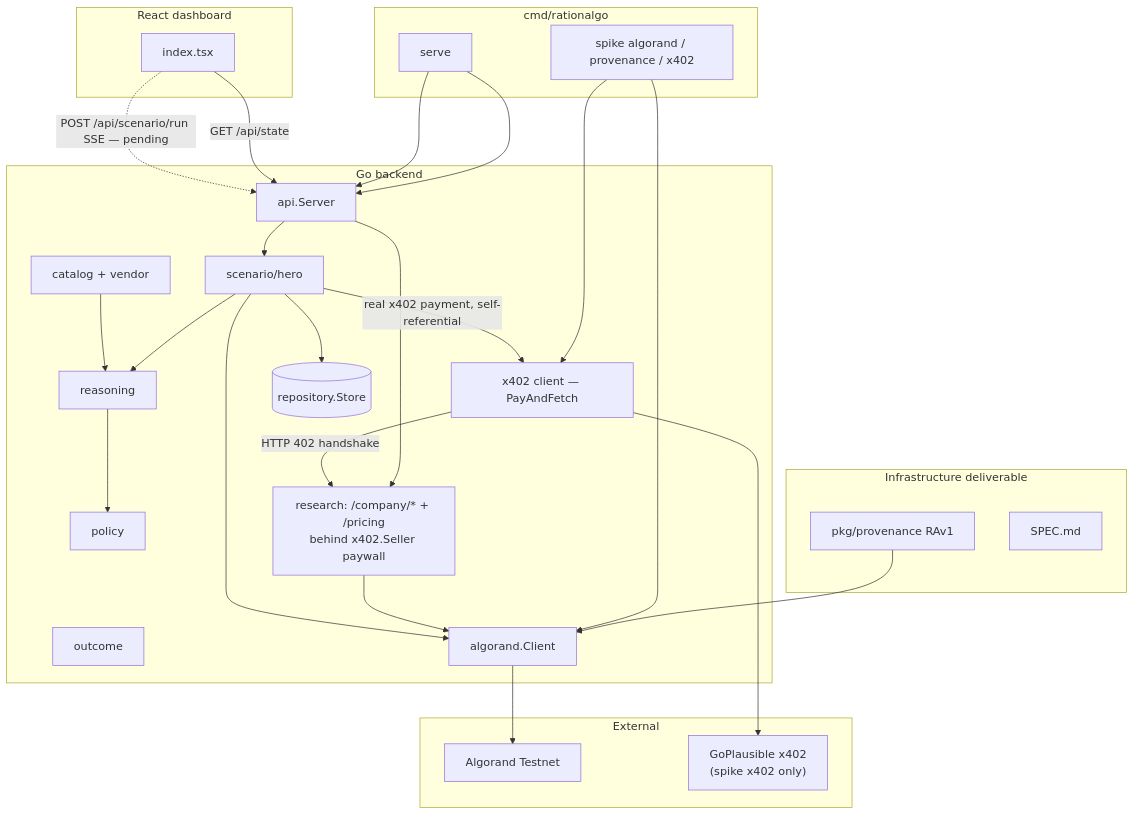
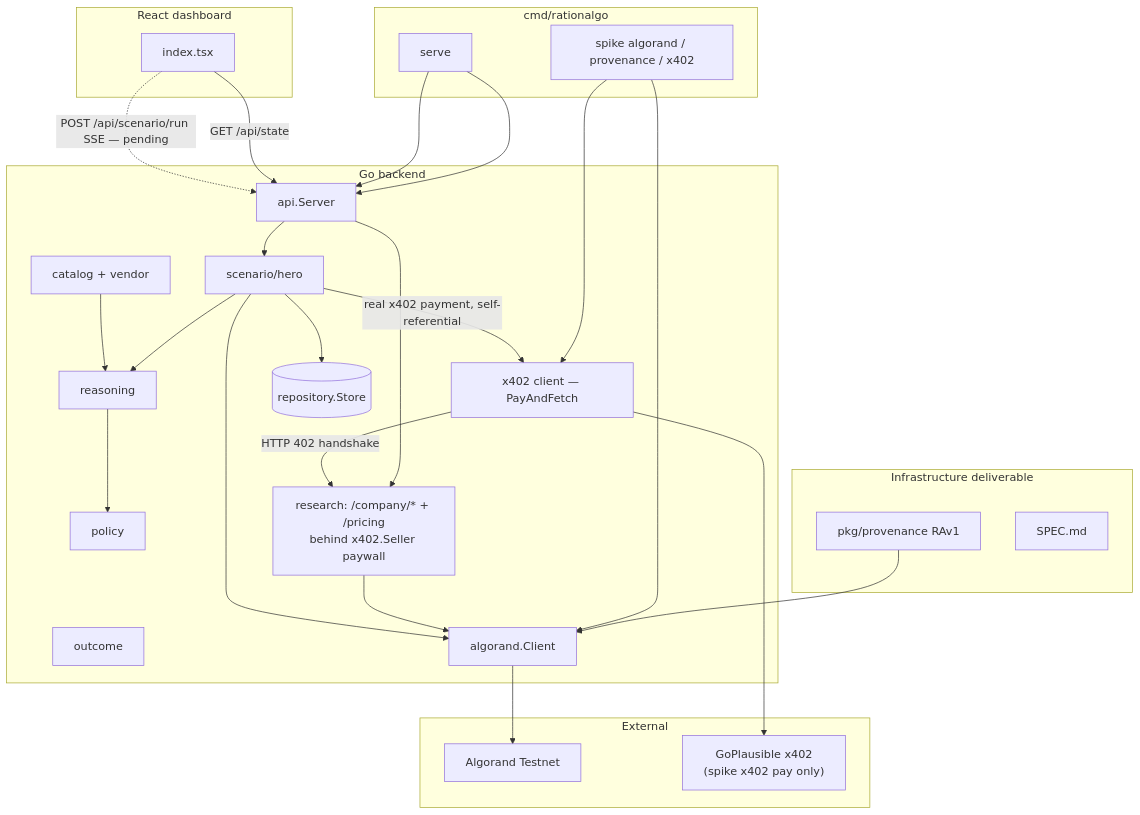
One commit to justKMM/algotrust changed the diagram in README.md. Above: the diagram before and after it, drawn with Mermaid. The commit also changed other lines of this file and 6 other files, not shown here.

Commit message:
Integrate AI reasoning hero feat with x402 backed endpoints with  real payment flow

````diff
--- a/README.md
+++ b/README.md
@@ -80,48 +83,48 @@
 ```mermaid
 flowchart TB
     subgraph Infra["Infrastructure deliverable"]
         RAv1[pkg/provenance RAv1]
         SPEC[SPEC.md]
     end
 
     subgraph CLI["cmd/rationalgo"]
         SPIKE[spike algorand / provenance / x402]
         SERVE[serve]
     end
 
     subgraph Backend["Go backend"]
         CAT[catalog + vendor]
         REASON[reasoning]
         POL[policy]
         OUT[outcome]
         SCEN[scenario/hero]
         ALG[algorand.Client]
         X402C[x402 client — PayAndFetch]
         RES["research: /company/* + /pricing\nbehind x402.Seller paywall"]
         API[api.Server]
         STORE[(repository.Store)]
     end
 
     subgraph External["External"]
         TN[Algorand Testnet]
-        GP["GoPlausible x402\n(spike x402 only)"]
+        GP["GoPlausible x402\n(spike x402 pay only)"]
     end
 
     subgraph UI["React dashboard"]
         FE[index.tsx]
     end
 
     RAv1 --> ALG
     SPIKE --> ALG --> TN
     SPIKE --> X402C --> GP
     SERVE --> API --> SCEN
     SERVE --> API --> RES
     RES --> ALG
     SCEN --> REASON --> POL
     SCEN --> ALG
     SCEN -->|real x402 payment, self-referential| X402C -->|HTTP 402 handshake| RES
     SCEN --> STORE
     CAT --> REASON
     FE -->|GET /api/state| API
     FE -.->|POST /api/scenario/run SSE — pending| API
 ```
````
